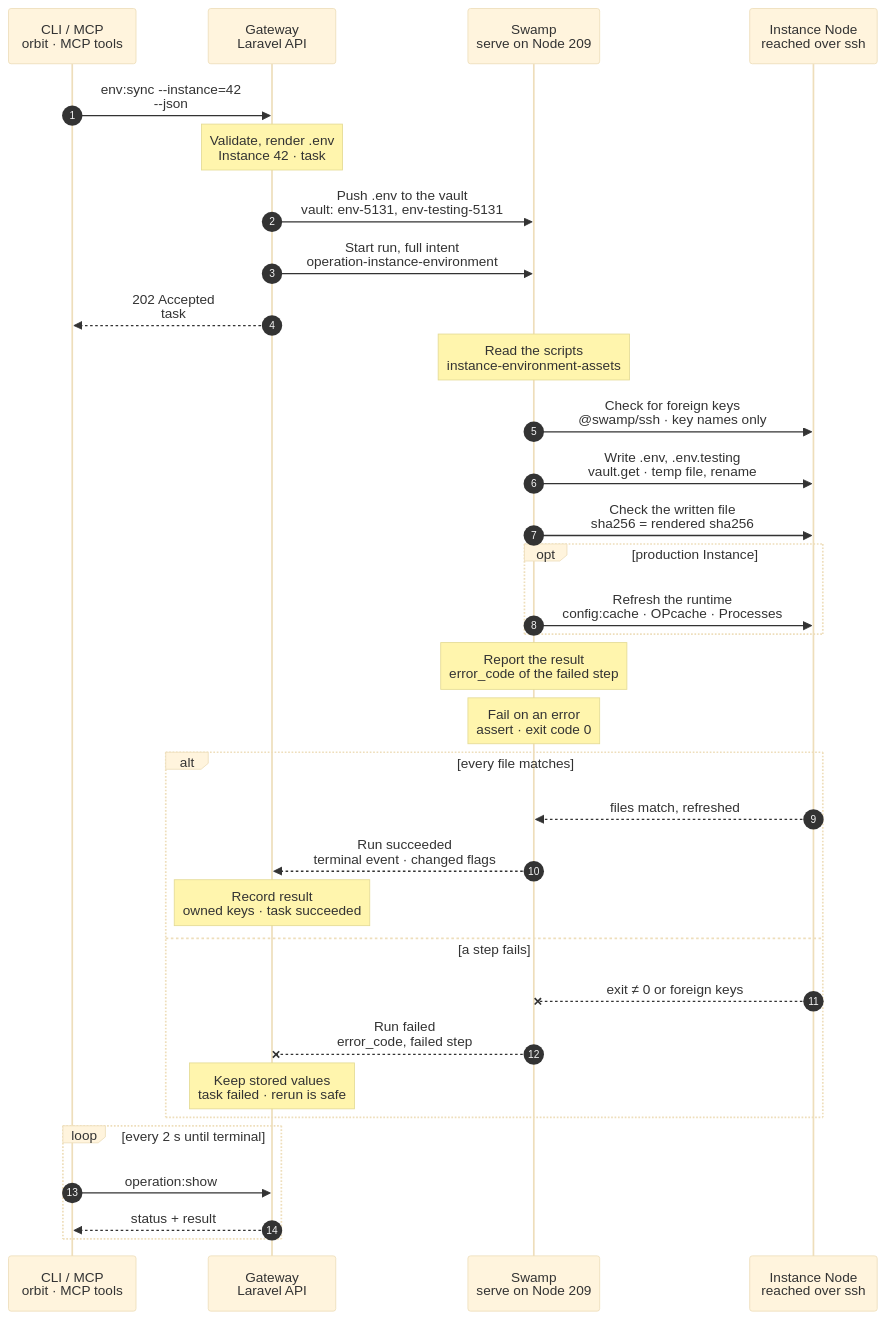
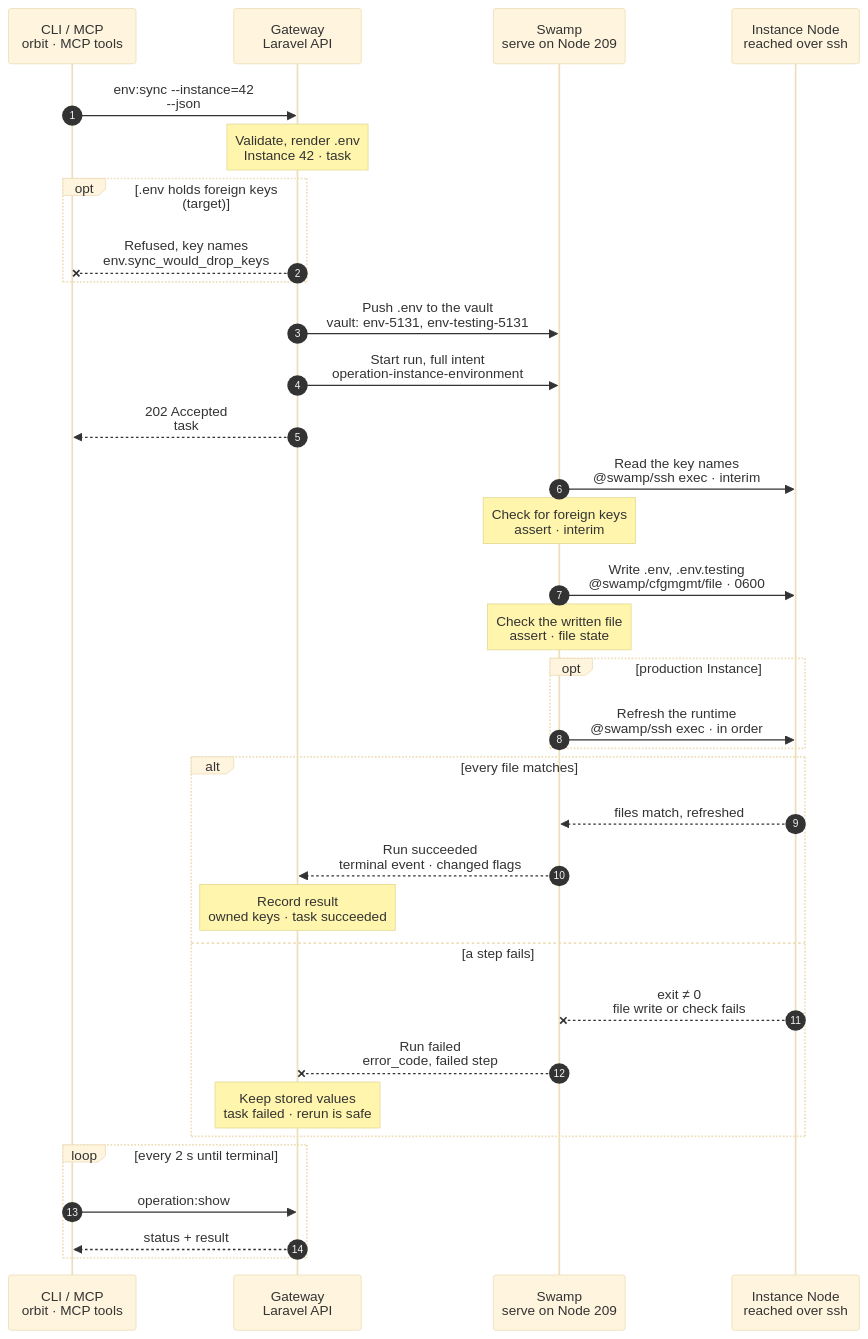
One commit to hardimpactdev/orbit changed the diagram in docs/cli/env/sync.mmd. Above: the diagram before and after it, drawn with Mermaid (base theme). The commit also changed 19 other files, not shown here.

First line of the commit message:
refactor(env): sync .env through official cfgmgmt file, drop shipped scripts (rule 22)

```diff
--- a/docs/cli/env/sync.mmd
+++ b/docs/cli/env/sync.mmd
@@ -1,142 +1,160 @@
 sequenceDiagram
   %% Target design: ADR 0244 task, R1-R4, decision swamp-vault-secrets (vault.get), orbit-gateway-renders-create-env (Gateway owns .env, no read-back), DECISIONS instance.sync_environment (vault after commit, @swamp/ssh from 209, no private-material fetch, no per-Node worker). docs/reference/environment-variables.md.
+  %% Tightened: flow-tighten 2026-11-02, rules 14, 22 (cfgmgmt file for both files, its check as the end check; no script read, foreign-key check, report or assert step).
+  %% Decided: Nick 2026-11-02, foreign-key protection at admission from the key names the Node agent reports; .env.testing only for an owned MySQL/PostgreSQL database, in the same file step.
   %% status: draft
+  %% Interim: until the Node agent reports .env key names, the run reads them and checks for foreign keys before the write (Nick 2026-11-02).
   %% command: env:sync
   %% kind: instance.sync_environment
   autonumber
   %% lane CLI icon=terminal pill=caller tone=gray
   %% lane GW icon=gateway pill=intent tone=blue
   %% lane SW icon=workflow pill=executes tone=green
   %% lane N icon=server pill=target tone=amber
   participant CLI as CLI / MCP<br/>orbit · MCP tools
   participant GW as Gateway<br/>Laravel API
   participant SW as Swamp<br/>serve on Node 209
   participant N as Instance Node<br/>reached over ssh
   CLI->>GW: env:sync --instance=42<br/>--json
   %%> Command:
   %%> - `orbit env:sync --instance=42`
-  %%> - syntax: `env:sync --instance=SELECTOR [--json]`
+  %%> - syntax: `env:sync --instance=SELECTOR [--force] [--json]`
   %%> Input:
   %%> - the Instance: a numeric Instance ID or the exact domain of its Route
+  %%> - `--force` overwrites keys that only the Node's `.env` holds
   %%> Who can call it:
   %%> - the `orbit` CLI and the MCP tool send the same request
   Note over GW: Validate, render .env<br/>Instance 42 · task #5131
   %%> Requirements:
   %%> - your Node has an access grant to Node 12, the Node of Instance 42
   %%> - Instance 42 is active, on a Node with exactly one active `app-dev` or `app-prod` role
   %%> - Instance 42 has stored configuration (`env.configuration_missing` otherwise)
   %%> - a stored `{{instance.domain}}` needs a settled Route (`env.reference_unavailable` otherwise)
   %%> - no other task holds Instance 42; the Gateway holds one lock per Instance and waits briefly for a busy one
+  %%> Checks foreign keys:
+  %%> - compares the `.env` key names the Node agent reported with the stored and owned keys; no values are read
   %%> Renders .env:
   %%> - every stored key in sorted order, as a quoted value
   %%> - `{{instance.domain}}` from the Route, `{{instance.environment}}` from the Node role
-  %%> - `.env.testing` too, when Instance 42 owns its `DB` database
+  %%> Renders .env.testing:
+  %%> - only when Instance 42 owns a database on a MySQL or PostgreSQL server
+  %%> - the same `.env` with `APP_ENV=testing` and the test database credentials
+  %%> - SQLite: none; `phpunit.xml` (`:memory:`) decides
   %%> Result:
   %%> - task #5131 recorded with the full intent and the sha256 of each rendered file
   %%> - nothing has happened on the Node yet
+  opt .env holds foreign keys (target)
+    GW--xCLI: Refused, key names<br/>env.sync_would_drop_keys
+    %%> When:
+    %%> - the Node's `.env` holds keys that Orbit neither stores nor wrote, and `--force` is not set
+    %%> Result:
+    %%> - the refusal names the keys; no task and no run start
+    %%> Next:
+    %%> - `env:import` adopts the keys first, or `env:sync --force` overwrites them
+    %%> Today:
+    %%> - the Node agent does not report `.env` key names yet, so the run checks them in its first two steps
+  end
   GW->>SW: Push .env to the vault<br/>vault: env-5131, env-testing-5131
   %%> Why:
   %%> - `.env` holds secrets, which travel only through the vault (R3)
   %%> What it does:
   %%> - after the task commits, pushes the rendered files into Swamp's vault on Node 209
   %%> Result:
   %%> - the run reads them with `vault.get`; no step calls the Gateway back
   GW->>SW: Start run, full intent<br/>operation-instance-environment
   %%> What it does:
   %%> - starts one Swamp run on serve (Node 209)
   %%> Inputs:
   %%> - Node 12's address and SSH host keys; the SSH identity comes from the `swamp` role
   %%> - the account, the application directory, the file paths and the expected sha256 of each file
   %%> - the key names Orbit wrote last time, which it may remove
   %%> - production only: the release path and the Processes with `restart_on_deploy`
   %%> - secrets only as vault key names
   GW-->>CLI: 202 Accepted<br/>task #5131
   %%> What you get:
   %%> - the task number, at once
   %%> Next:
   %%> - the CLI follows the task with `operation:show`
-  Note over SW: Read the scripts<br/>instance-environment-assets
+  SW->>N: Read the key names<br/>@swamp/ssh exec · interim
   %%> What it does:
-  %%> - reads the shipped environment and runtime scripts on 209, to send them over SSH in argv
-  SW->>N: Check for foreign keys<br/>@swamp/ssh · key names only
+  %%> - prints the sha256 of `.env` and `.env.testing`, whether Git tracks `.env.testing`, and the key names of `.env`
+  %%> Not returned:
+  %%> - no values
+  %%> Why:
+  %%> - interim, until the Node agent reports the key names to admission
+  Note over SW: Check for foreign keys<br/>assert · interim
+  %%> What it does:
+  %%> - fails when `.env` holds a key that Orbit neither stores nor wrote; the files stay unchanged
+  %%> Result:
+  %%> - the Gateway names the keys with `env.sync_would_drop_keys`
+  SW->>N: Write .env, .env.testing<br/>@swamp/cfgmgmt/file · 0600
   %%> How:
-  %%> - Swamp reaches Node 12 over SSH from 209 with the official `@swamp/ssh` behavior
+  %%> - Swamp reaches Node 12 over SSH from 209 with `@swamp/ssh` and the official `@swamp/cfgmgmt/file` behavior; nothing is copied to the Node
   %%> What it does:
-  %%> - checks the account, the path, the file type and owner, without following a link
-  %%> - compares the key names of the current `.env` with the stored keys and the keys Orbit wrote last time
-  %%> - a missing file is fine
-  %%> Why:
-  %%> - a key that only the file holds would be lost; the step refuses instead (`env.sync_would_drop_keys`)
-  %%> Not returned:
-  %%> - no value leaves the Node; only the names of foreign keys, on failure
-  SW->>N: Write .env, .env.testing<br/>vault.get · temp file, rename
-  %%> What it does:
-  %%> - writes the rendered `.env` from the vault to a temporary file with mode `0600`, owned by the Instance account, then renames it over `.env`
-  %%> - writes `.env.testing` the same way, unless Git tracks it in the checkout
+  %%> - writes the rendered `.env` from `vault.get env-5131`, mode `0600`, owned by the Instance account
+  %%> - with an owned MySQL or PostgreSQL database, writes `.env.testing` in the same step, replacing its content; no merge
+  %%> - a Git-tracked `.env.testing` stays untouched
   %%> - leaves a file that already matches in place
   %%> Runs as:
   %%> - the Instance account named in the intent, not root
   %%> Not included:
   %%> - renders nothing; the Gateway already rendered the files
-  SW->>N: Check the written file<br/>sha256 = rendered sha256
+  Note over SW: Check the written file<br/>assert · file state
   %%> What it does:
-  %%> - compares the sha256 of each file on the Node with the sha256 in the intent
+  %%> - compares the sha256 the file behavior recorded for each file with the rendered one
   %%> Why:
   %%> - the sync only counts when the Node holds exactly what the Gateway rendered
-  %%> - this replaces `env.sync_unconfirmed`: a rerun checks and writes again
+  %%> - a rerun writes and checks again
   opt production Instance
-    SW->>N: Refresh the runtime<br/>config:cache · OPcache · Processes
+    SW->>N: Refresh the runtime<br/>@swamp/ssh exec · in order
     %%> When:
     %%> - on every production sync, also when `.env` did not change
     %%> What it does:
-    %%> - rebuilds an existing config cache in a temporary path, checks it, then replaces the old one; an uncached release stays uncached
+    %%> - runs `php artisan config:cache` as the Instance account in the release, as one `@swamp/ssh exec`, when the release has a config cache; an uncached release stays uncached
     %%> - reloads the PHP-FPM pool to reset OPcache
     %%> - restarts the running Processes that have `restart_on_deploy`
+    %%> - each action is one `@swamp/ssh exec` command, one at a time
     %%> Not included:
     %%> - development Instances: they only get the file
   end
-  Note over SW: Report the result<br/>error_code of the failed step
-  %%> What it does:
-  %%> - prints the public result on 209: whether each file changed and the refresh status, or the first step's `error_code`
-  Note over SW: Fail on an error<br/>assert · exit code 0
-  %%> What it does:
-  %%> - fails the run when the report holds an `error_code`, so the task fails with that code
   alt every file matches
     N-->>SW: files match, refreshed
     %%> Returns:
     %%> - whether each file changed, and the runtime refresh status
     %%> Not returned:
     %%> - no values and no file content
     SW-->>GW: Run succeeded<br/>terminal event · changed flags
     %%> How the Gateway learns it:
     %%> - its shared run reader sees the terminal event and reads the run's outputs; Swamp never calls the Gateway
     Note over GW: Record result<br/>owned keys · task succeeded
     %%> Result:
     %%> - the synced key names become the keys Orbit owns on Instance 42
     %%> - task #5131 succeeds with `changed`, the testing status and the refresh status
   else a step fails
-    N--xSW: exit ≠ 0 or foreign keys
+    N--xSW: exit ≠ 0<br/>file write or check fails
     %%> When:
-    %%> - SSH fails, the file is unsafe, a foreign key would drop, or a hash does not match
+    %%> - SSH fails, a write fails, or a file does not match after the write
+    %%> How:
+    %%> - the failing step ends the run with its own exit code; there is no report step
     %%> - production: the config cache or the Process restart fails
     SW--xGW: Run failed<br/>error_code, failed step
     %%> The Gateway reads:
-    %%> - which step failed and its error code, for example `env.sync_would_drop_keys` with the key names
+    %%> - which step failed and its error code
     Note over GW: Keep stored values<br/>task failed · rerun is safe
     %%> Result:
     %%> - stored values and the owned-key list stay as they were
     %%> - task #5131 fails
     %%> On the Node:
     %%> - a refused file stays unchanged; a failed cache build keeps the old cache
     %%> - a file already written stays; there is no rollback
     %%> Retry:
-    %%> - fix the cause, for example store or remove the foreign keys, then run `env:sync` again; it is a new task
+    %%> - fix the cause, then run `env:sync` again; it is a new task
   end
   loop every 2 s until terminal
     CLI->>GW: operation:show #5131
     %%> What it does:
     %%> - asks for the task's status every 2 seconds until it has ended
     GW-->>CLI: status + result
     %%> Returns:
     %%> - the current status, and the result once the task has ended
   end
```
